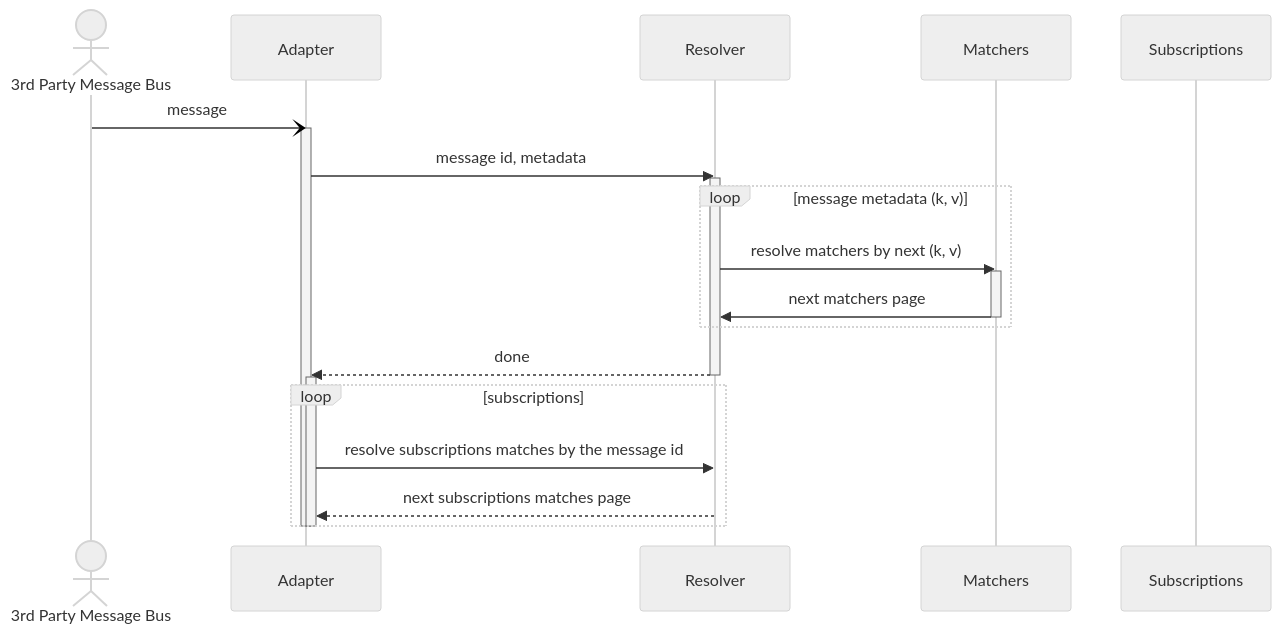
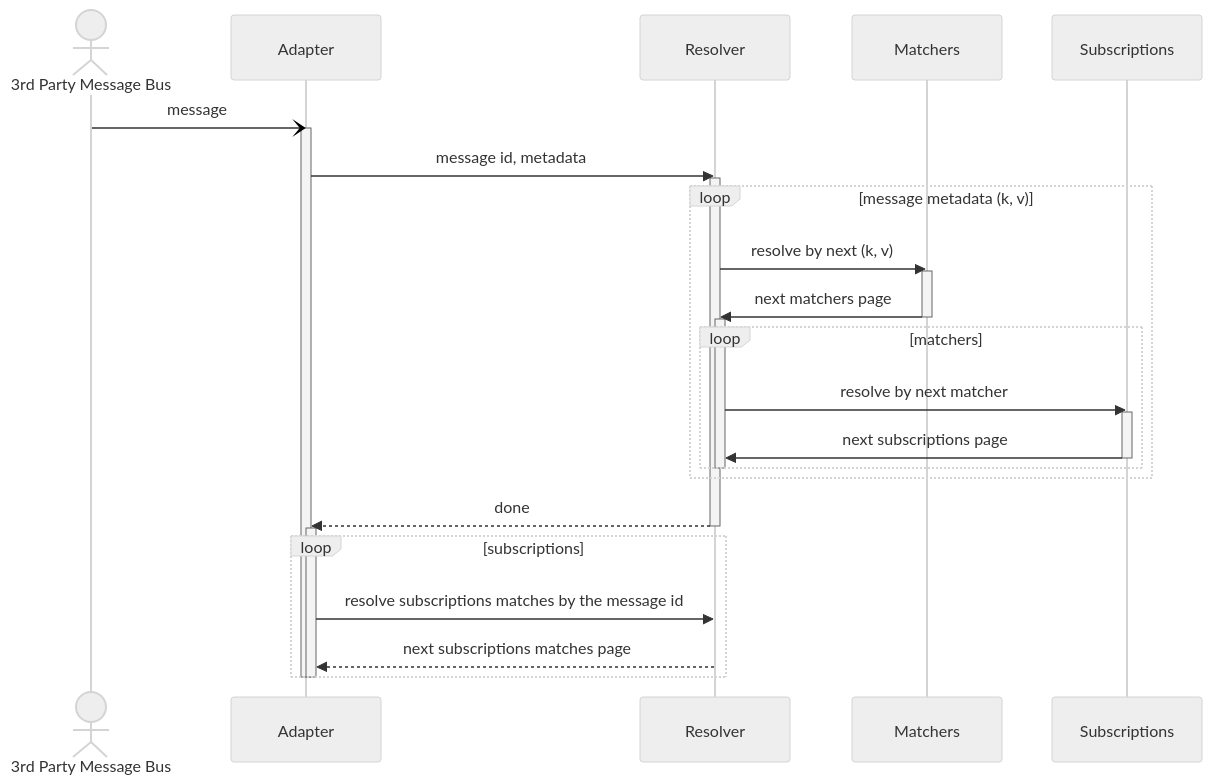
One commit to awakari/.github changed the diagram in profile/README.md. Above: the diagram before and after it, drawn with Mermaid.

````diff
--- a/profile/README.md
+++ b/profile/README.md
@@ -13,34 +13,46 @@
 ```mermaid
 %%{init: {'theme': 'neutral' } }%%
 sequenceDiagram
 
     actor 3rd Party Message Bus
     participant Adapter
     participant Resolver
     participant Matchers
     participant Subscriptions
 
     3rd Party Message Bus-)Adapter: message
     activate Adapter
     
     Adapter->>Resolver: message id, metadata
     activate Resolver
     
     loop message metadata (k, v)
-        Resolver->>Matchers: resolve matchers by next (k, v)
+    
+        Resolver->>Matchers: resolve by next (k, v)
         activate Matchers
         Matchers->>Resolver: next matchers page
         deactivate Matchers
+        
+        activate Resolver
+        loop matchers
+            Resolver->>Subscriptions: resolve by next matcher
+            activate Subscriptions
+            Subscriptions->>Resolver: next subscriptions page
+            deactivate Subscriptions
+        end
+        deactivate Resolver
     end
+    
+    
     
     Resolver-->>Adapter: done
     deactivate Resolver
 
     activate Adapter
     loop subscriptions
         Adapter->>Resolver: resolve subscriptions matches by the message id
         Resolver-->>Adapter: next subscriptions matches page
     end
     deactivate Adapter
     deactivate Adapter
 ```
````
